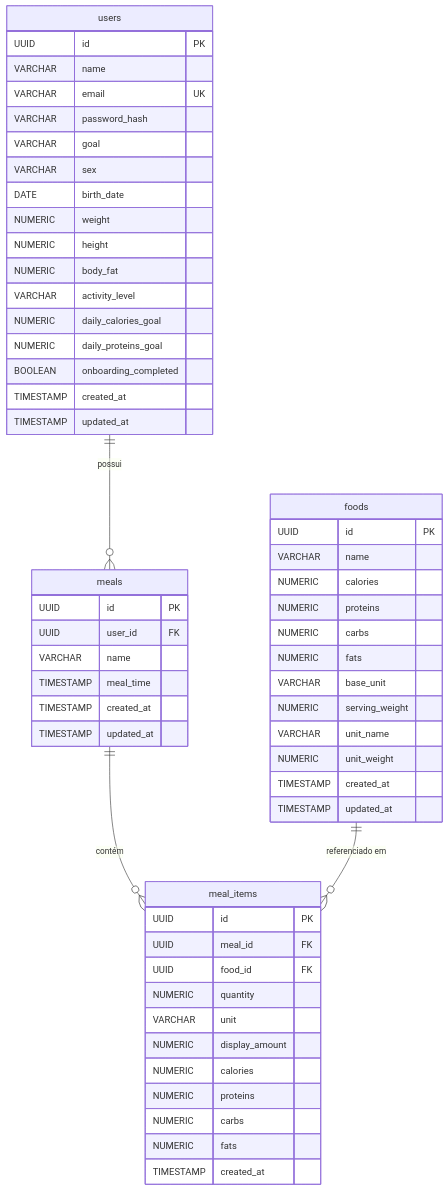
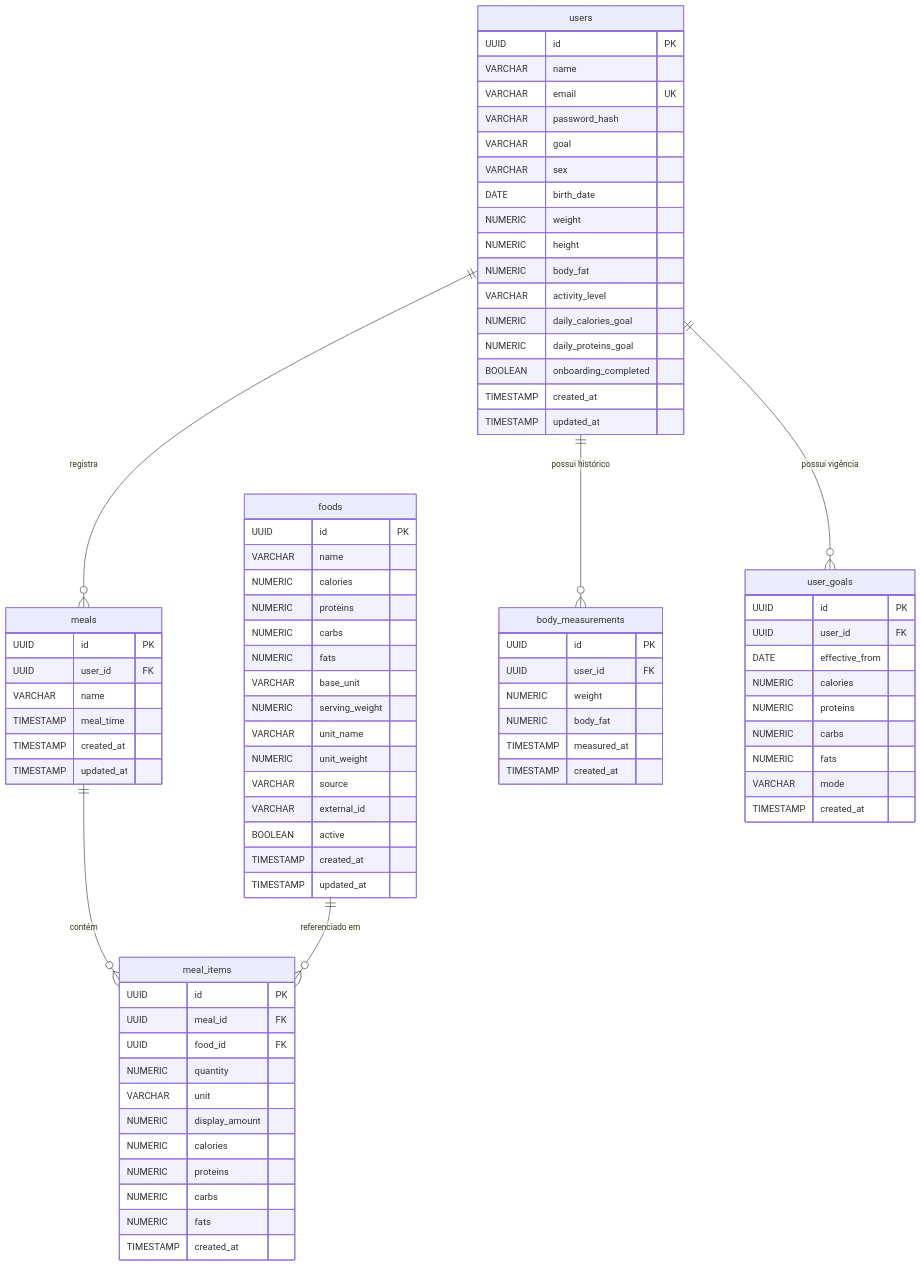
One commit to luiscorreiaa4/contador-de-calorias changed the second of 2 diagrams in docs/ARCHITECTURE.md. Above: the diagram before and after it, drawn with Mermaid. The commit also changed other lines of this file and 10 other files, not shown here.

````diff
--- a/docs/ARCHITECTURE.md
+++ b/docs/ARCHITECTURE.md
@@ -51,6 +57,9 @@
         NUMERIC serving_weight
         VARCHAR unit_name
         NUMERIC unit_weight
+        VARCHAR source
+        VARCHAR external_id
+        BOOLEAN active
         TIMESTAMP created_at
         TIMESTAMP updated_at
     }
@@ -77,8 +86,31 @@
         NUMERIC fats
         TIMESTAMP created_at
     }
+
+    body_measurements {
+        UUID id PK
+        UUID user_id FK
+        NUMERIC weight
+        NUMERIC body_fat
+        TIMESTAMP measured_at
+        TIMESTAMP created_at
+    }
+
+    user_goals {
+        UUID id PK
+        UUID user_id FK
+        DATE effective_from
+        NUMERIC calories
+        NUMERIC proteins
+        NUMERIC carbs
+        NUMERIC fats
+        VARCHAR mode
+        TIMESTAMP created_at
+    }
     
-    users ||--o{ meals : "possui"
+    users ||--o{ meals : "registra"
+    users ||--o{ body_measurements : "possui histórico"
+    users ||--o{ user_goals : "possui vigência"
     meals ||--o{ meal_items : "contém"
     foods ||--o{ meal_items : "referenciado em"
 ```
````
